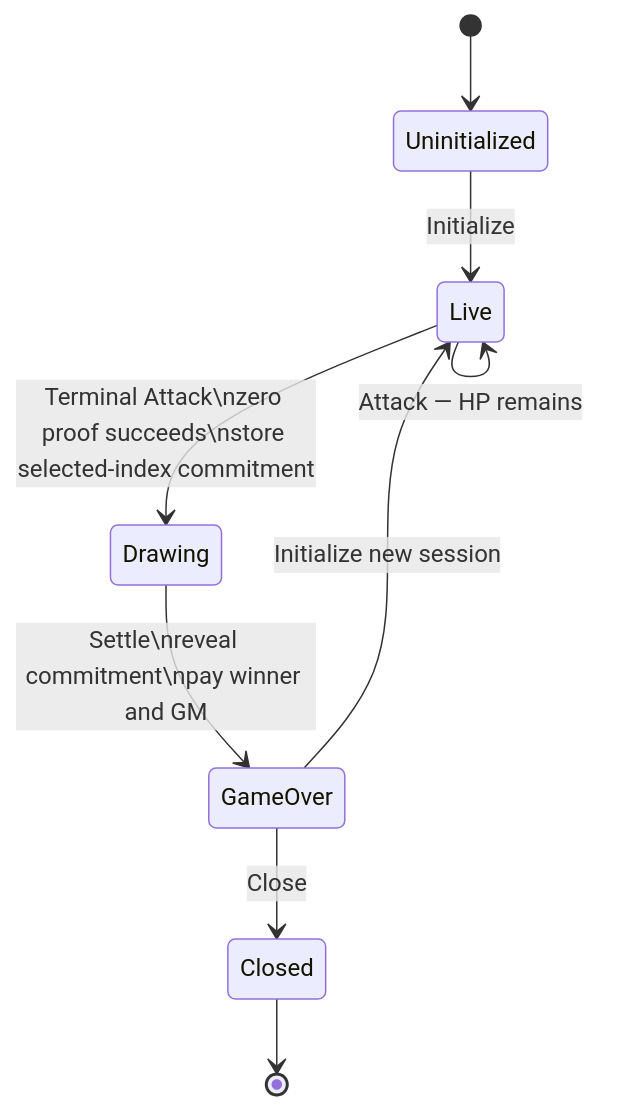
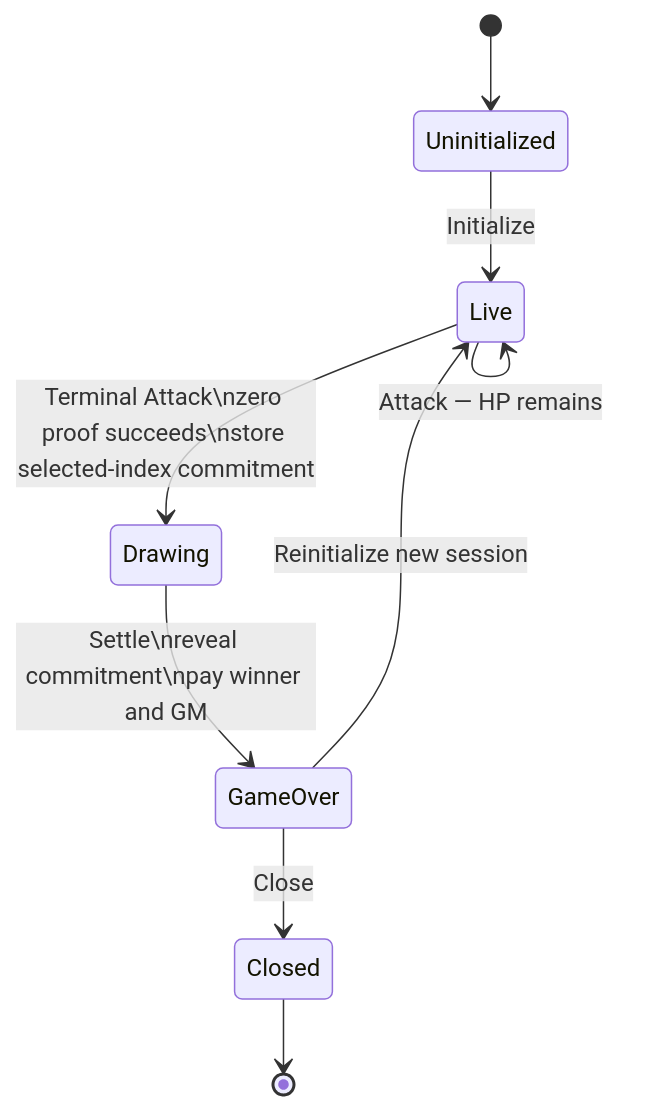
The first of 2 diagrams in docs/program.md (kilogold/confidential-pinata), drawn with Mermaid before and after one commit. The commit also changed other lines of this file and 43 other files, not shown here.

````diff
--- a/docs/program.md
+++ b/docs/program.md
@@ -9,17 +9,17 @@
 ```mermaid
 stateDiagram-v2
   [*] --> Uninitialized
 
   Uninitialized --> Live: Initialize
 
   Live --> Live: Register
   Live --> Live: Attack — HP remains
   Live --> Drawing: Terminal Attack\nzero proof succeeds\nstore selected-index commitment
 
   Drawing --> GameOver: Settle\nreveal commitment\npay winner and GM
 
-  GameOver --> Live: Initialize new session
+  GameOver --> Live: Reinitialize new session
   GameOver --> Closed: Close
 
   Closed --> [*]
 ```
````
